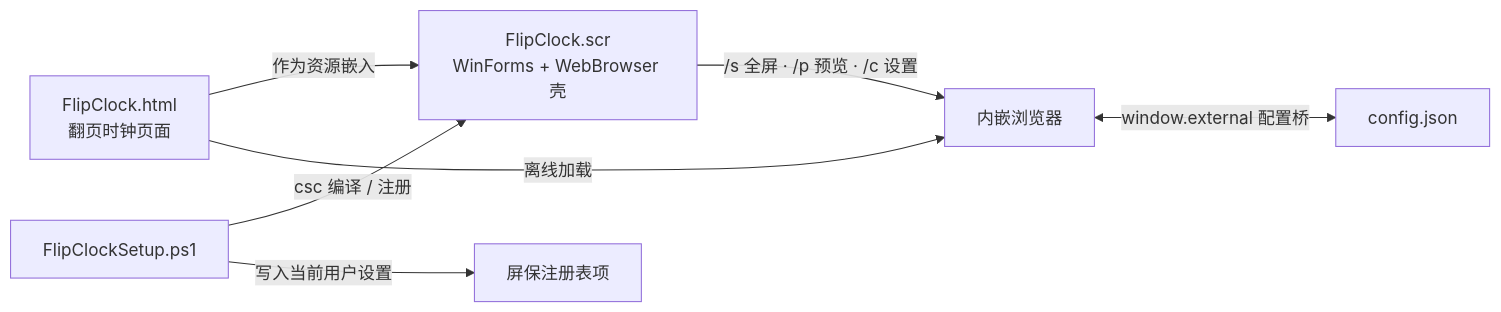
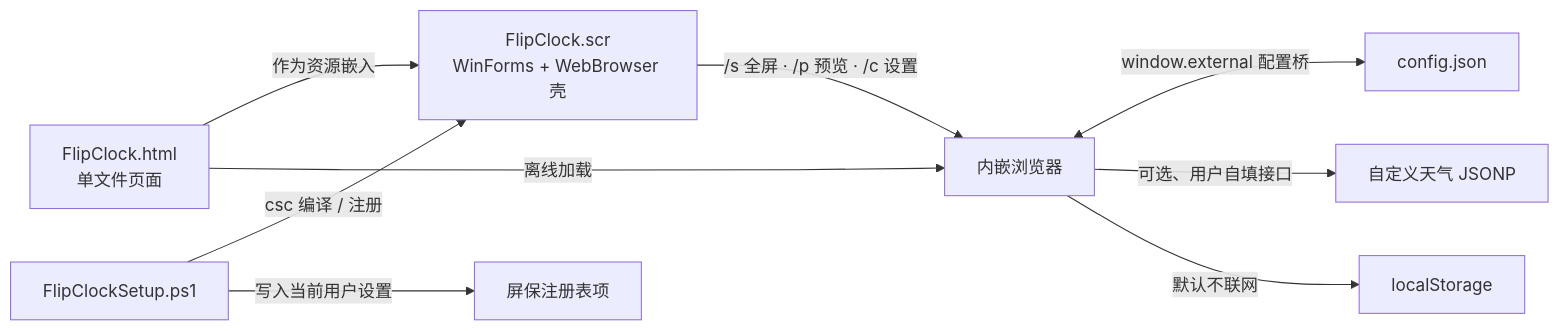
One commit to xyzOvO/FlipClock changed the diagram in README.md. Above: the diagram before and after it, drawn with Mermaid. The commit also changed other lines of this file and 5 other files, not shown here.

````diff
--- a/README.md
+++ b/README.md
@@ -101,9 +145,11 @@
 ```mermaid
 flowchart LR
-  H[FlipClock.html<br/>翻页时钟页面] -->|作为资源嵌入| S[FlipClock.scr<br/>WinForms + WebBrowser 壳]
+  H[FlipClock.html<br/>单文件页面] -->|作为资源嵌入| S[FlipClock.scr<br/>WinForms + WebBrowser 壳]
   P[FlipClockSetup.ps1] -->|csc 编译 / 注册| S
   P -->|写入当前用户设置| R[屏保注册表项]
   S -->|/s 全屏 · /p 预览 · /c 设置| W[内嵌浏览器]
   H -->|离线加载| W
   W <-->|window.external 配置桥| C[config.json]
+  W -->|可选、用户自填接口| N[自定义天气 JSONP]
+  W -->|默认不联网| L[localStorage]
 ```
````
